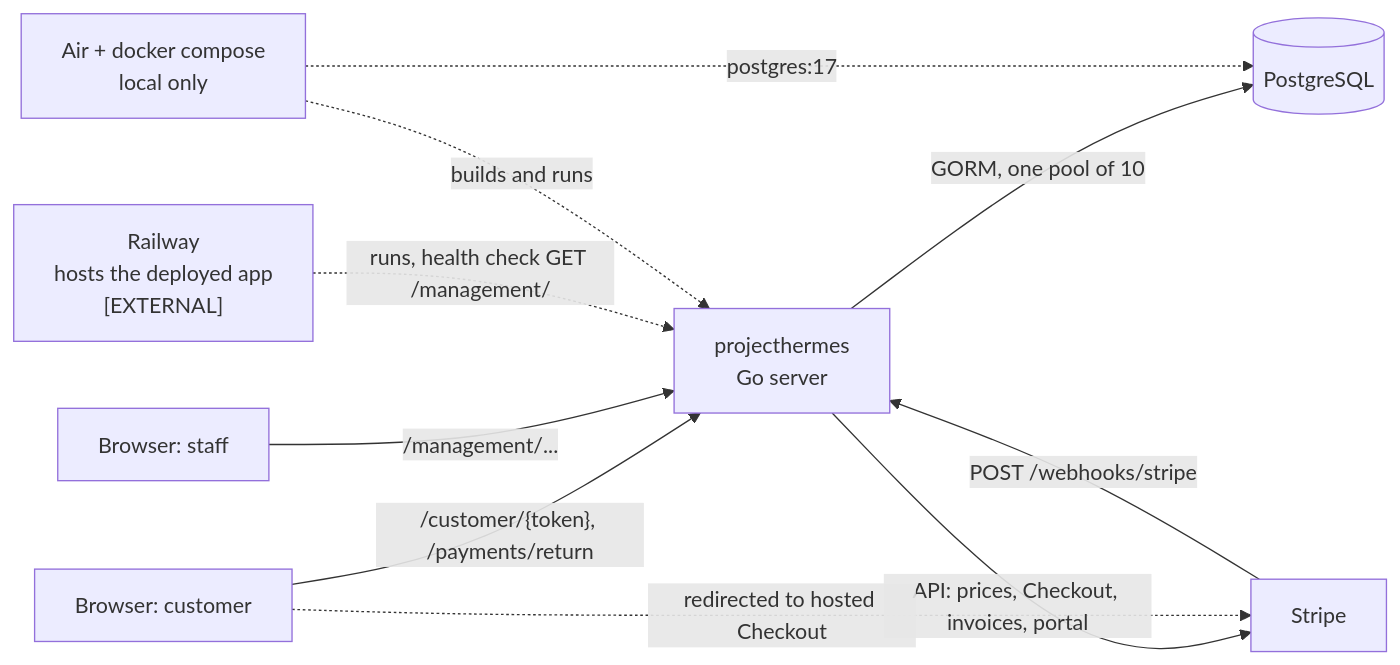
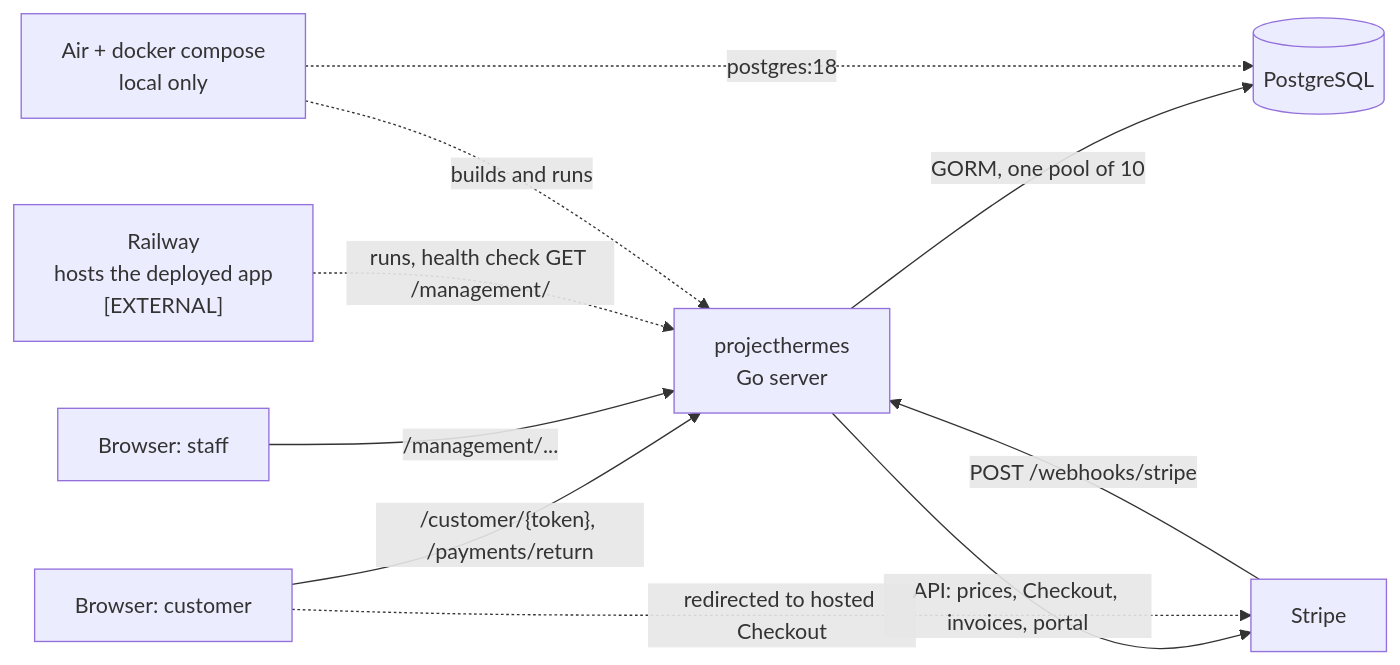
The first of 3 diagrams in docs/architecture.md (devGabriel131/ProjectHermes), drawn with Mermaid before and after one commit. The commit also changed other lines of this file and 4 other files, not shown here.

````diff
--- a/docs/architecture.md
+++ b/docs/architecture.md
@@ -27,20 +27,20 @@
 ```mermaid
 flowchart LR
   customer["Browser: customer"]
   staff["Browser: staff"]
   app["projecthermes\nGo server"]
   pg[("PostgreSQL")]
   stripe["Stripe"]
   railway["Railway\nhosts the deployed app\n[EXTERNAL]"]
   local["Air + docker compose\nlocal only"]
 
   customer -->|"/customer/{token}, /payments/return"| app
   staff -->|"/management/..."| app
   app -->|"GORM, one pool of 10"| pg
   app -->|"API: prices, Checkout, invoices, portal"| stripe
   stripe -->|"POST /webhooks/stripe"| app
   customer -.->|"redirected to hosted Checkout"| stripe
   railway -.->|"runs, health check GET /management/"| app
   local -.->|"builds and runs"| app
-  local -.->|"postgres:17"| pg
+  local -.->|"postgres:18"| pg
 ```
````
